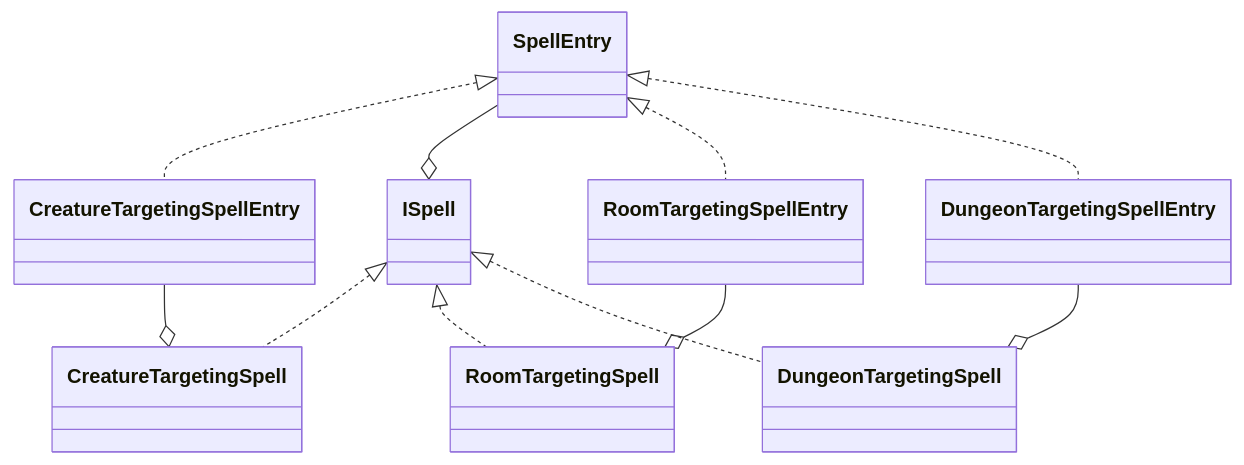
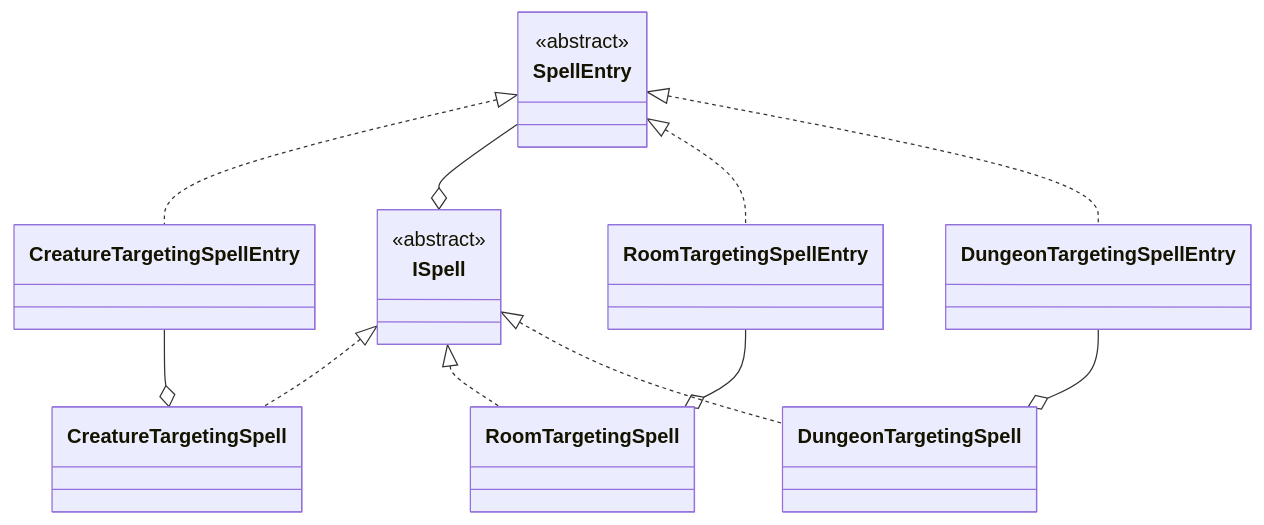
One commit to GeenDutchman/LHF-MUD changed the first of 2 diagrams in gameserver/src/main/java/com/lhf/game/magic/magic.md. Above: the diagram before and after it, drawn with Mermaid.

Commit message:
Declare abstract

````diff
--- a/gameserver/src/main/java/com/lhf/game/magic/magic.md
+++ b/gameserver/src/main/java/com/lhf/game/magic/magic.md
@@ -61,28 +61,32 @@
 ```mermaid
 classDiagram
     direction TB
-    SpellEntry
-    ISpell
+    class SpellEntry {
+        <<abstract>>
+    }
+    class ISpell {
+        <<abstract>>
+    }
     CreatureTargetingSpellEntry
     RoomTargetingSpellEntry
     DungeonTargetingSpellEntry
     CreatureTargetingSpell
     RoomTargetingSpell
     DungeonTargetingSpell
 
     SpellEntry <|.. CreatureTargetingSpellEntry
     SpellEntry --o ISpell
     SpellEntry <|.. RoomTargetingSpellEntry
     SpellEntry <|.. DungeonTargetingSpellEntry
 
     ISpell <|.. CreatureTargetingSpell
     ISpell <|.. RoomTargetingSpell
     ISpell <|.. DungeonTargetingSpell
 
     CreatureTargetingSpellEntry --o CreatureTargetingSpell
     RoomTargetingSpellEntry --o RoomTargetingSpell
     DungeonTargetingSpellEntry --o DungeonTargetingSpell
 
 
             
 ```
````
